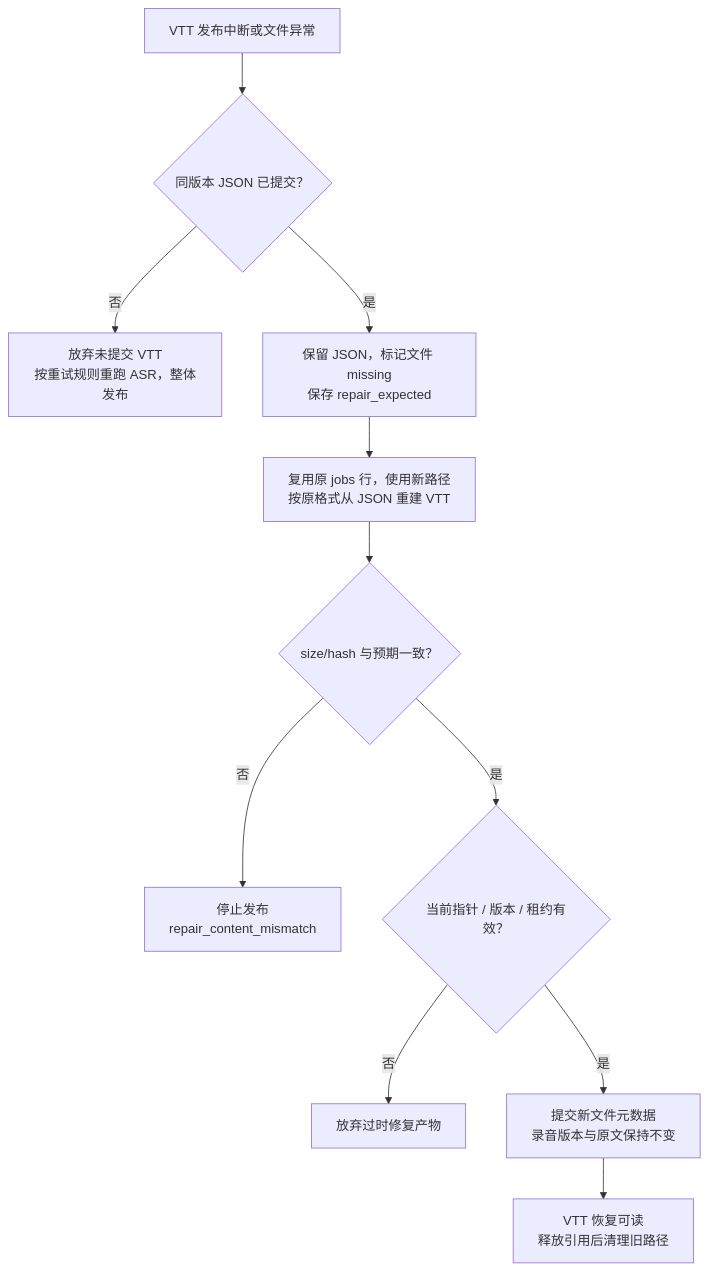
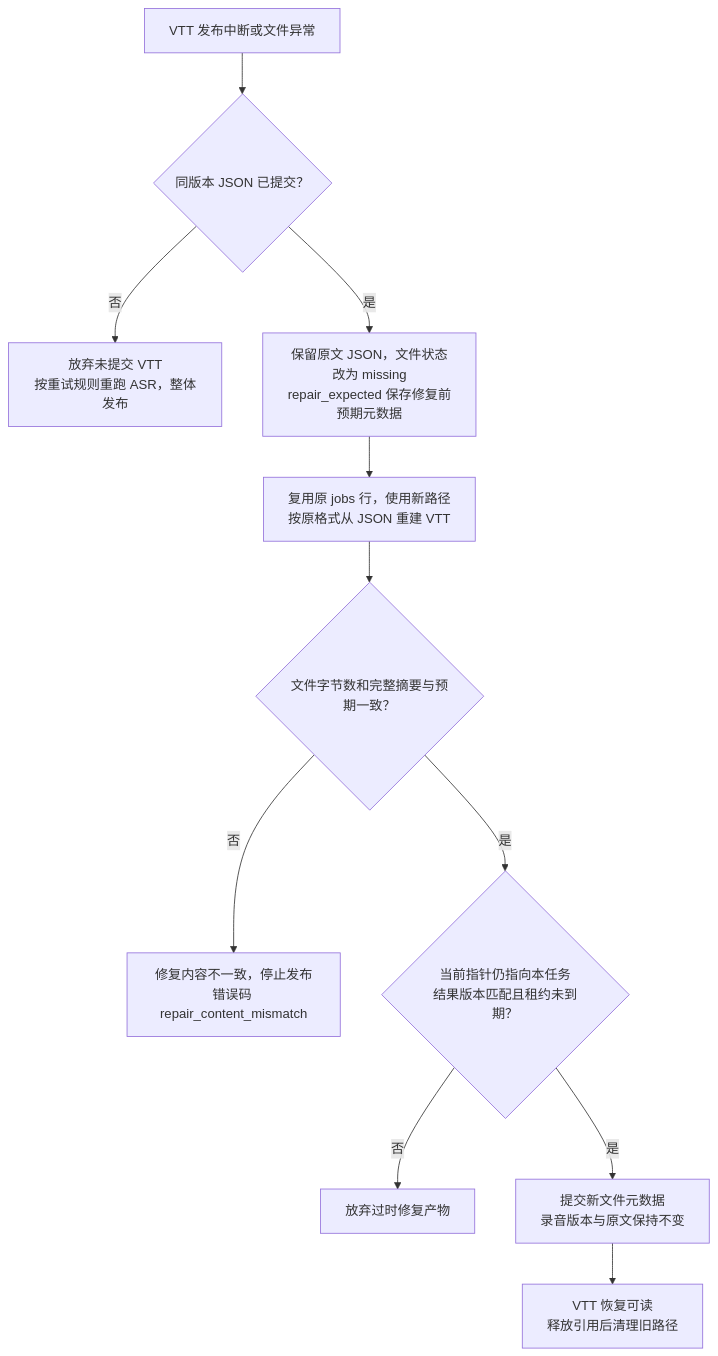
Before and after one commit to boboliu-1010/speaker: the third of 3 diagrams in docs/audio-processing.md, drawn with Mermaid. The commit also changed other lines of this file and 5 other files, not shown here.

Commit message:
docs: explain diagram modules fields and publication boundaries

````diff
--- a/docs/audio-processing.md
+++ b/docs/audio-processing.md
@@ -480,13 +480,13 @@
 ```mermaid
 flowchart TD
     A["VTT 发布中断或文件异常"] --> B{"同版本 JSON 已提交？"}
     B -->|否| C["放弃未提交 VTT<br/>按重试规则重跑 ASR，整体发布"]
-    B -->|是| D["保留 JSON，标记文件 missing<br/>保存 repair_expected"]
+    B -->|是| D["保留原文 JSON，文件状态改为 missing<br/>repair_expected 保存修复前预期元数据"]
     D --> E["复用原 jobs 行，使用新路径<br/>按原格式从 JSON 重建 VTT"]
-    E --> F{"size/hash 与预期一致？"}
-    F -->|否| G["停止发布<br/>repair_content_mismatch"]
-    F -->|是| H{"当前指针 / 版本 / 租约有效？"}
+    E --> F{"文件字节数和完整摘要与预期一致？"}
+    F -->|否| G["修复内容不一致，停止发布<br/>错误码 repair_content_mismatch"]
+    F -->|是| H{"当前指针仍指向本任务<br/>结果版本匹配且租约未到期？"}
     H -->|否| I["放弃过时修复产物"]
     H -->|是| J["提交新文件元数据<br/>录音版本与原文保持不变"]
     J --> K["VTT 恢复可读<br/>释放引用后清理旧路径"]
 ```
````
